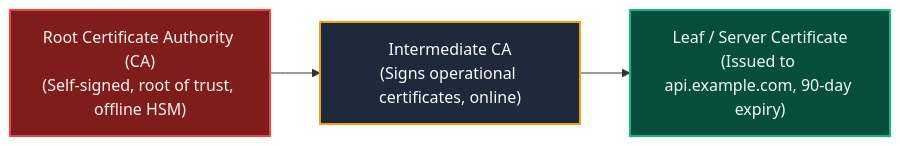
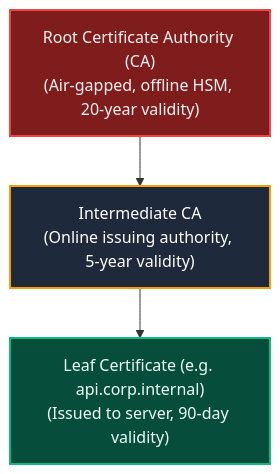
One commit to joydeep-biswas/Interview-Preparation changed the tenth of 13 diagrams in Cloud Engineering/02_networking_fundamentals.md. Above: the diagram before and after it, drawn with Mermaid. The commit also changed other lines of this file and 143 other files, not shown here.

````diff
--- a/Cloud Engineering/02_networking_fundamentals.md
+++ b/Cloud Engineering/02_networking_fundamentals.md
@@ -268,13 +552,10 @@
 ```mermaid
-flowchart LR
-    Root["Root Certificate Authority (CA)<br/>(Self-signed, root of trust, offline HSM)"] --> Inter["Intermediate CA<br/>(Signs operational certificates, online)"]
-    Inter --> Leaf["Leaf / Server Certificate<br/>(Issued to api.example.com, 90-day expiry)"]
+flowchart TD
+    Root["Root Certificate Authority (CA)<br/>(Air-gapped, offline HSM, 20-year validity)"]
+    --> Intermediate["Intermediate CA<br/>(Online issuing authority, 5-year validity)"]
+    --> Leaf["Leaf Certificate (e.g. api.corp.internal)<br/>(Issued to server, 90-day validity)"]
 
-    classDef root fill:#7f1d1d,stroke:#ef4444,stroke-width:2px,color:#fef2f2;
-    classDef inter fill:#1e293b,stroke:#f59e0b,stroke-width:2px,color:#f8fafc;
-    classDef leaf fill:#064e3b,stroke:#10b981,stroke-width:2px,color:#ecfdf5;
-
-    class Root root;
-    class Inter inter;
-    class Leaf leaf;
+    style Root fill:#7f1d1d,stroke:#ef4444,stroke-width:2px,color:#fef2f2
+    style Intermediate fill:#1e293b,stroke:#f59e0b,stroke-width:2px,color:#fff
+    style Leaf fill:#064e3b,stroke:#10b981,stroke-width:2px,color:#ecfdf5
 ```
````
